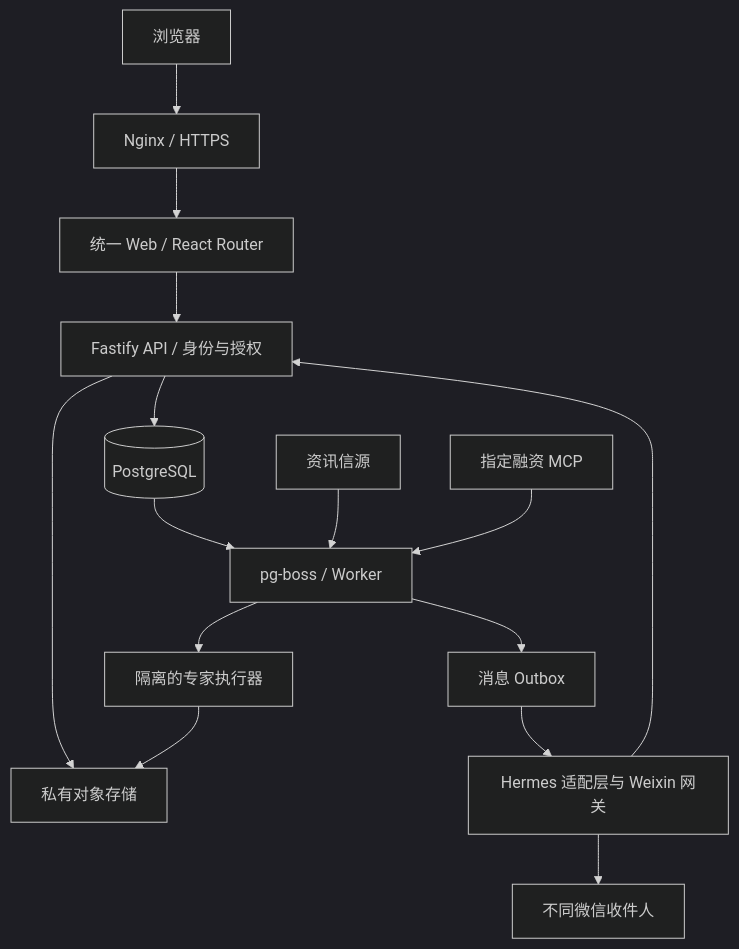
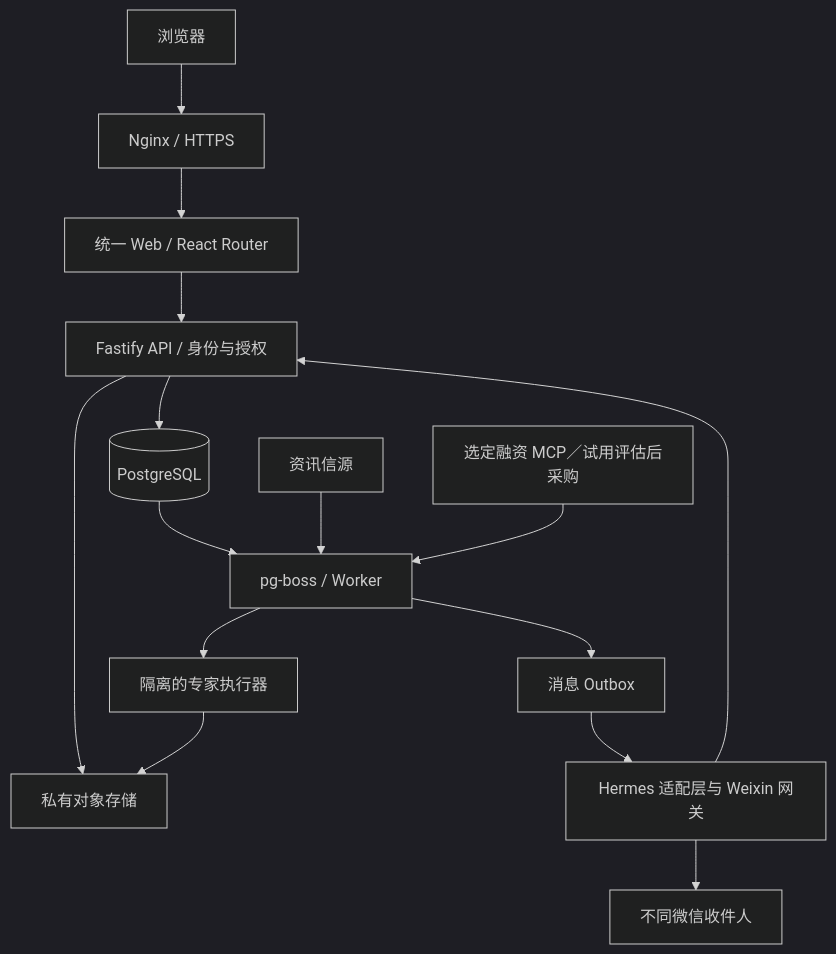
Before and after one commit to JoeLiaoo/newsfeed-fixedagent: the second of 2 diagrams in PLAN.md, drawn with Mermaid (dark theme). The commit also changed other lines of this file and 1 other file, not shown here.

````diff
--- a/PLAN.md
+++ b/PLAN.md
@@ -257,17 +272,17 @@
 ```mermaid
 flowchart TB
   U[浏览器] --> N[Nginx / HTTPS]
   N --> W[统一 Web / React Router]
   W --> A[Fastify API / 身份与授权]
   A --> DB[(PostgreSQL)]
   A --> O[私有对象存储]
   DB --> Q[pg-boss / Worker]
   S[资讯信源] --> Q
-  M[指定融资 MCP] --> Q
+  M[选定融资 MCP／试用评估后采购] --> Q
   Q --> E[隔离的专家执行器]
   E --> O
   Q --> B[消息 Outbox]
   B --> H[Hermes 适配层与 Weixin 网关]
   H --> WX[不同微信收件人]
   H --> A
 ```
````
